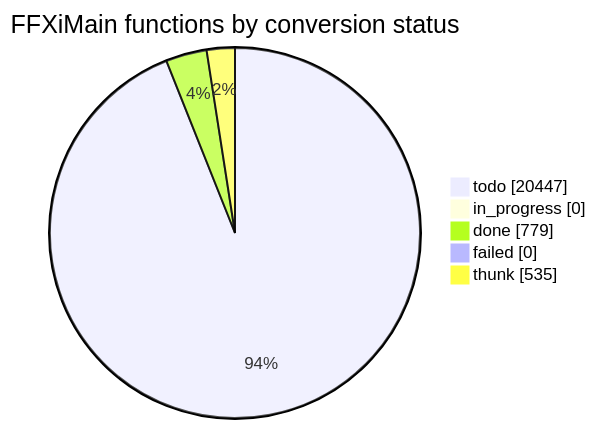
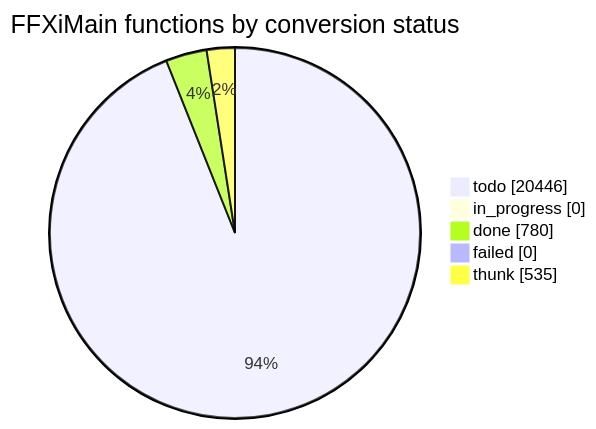
One commit to cowrevenge/cow_kuluu_xi_anything changed the diagram in docs/cow/STATUS.md. Above: the diagram before and after it, drawn with Mermaid. The commit also changed other lines of this file and 9 other files, not shown here.

````diff
--- a/docs/cow/STATUS.md
+++ b/docs/cow/STATUS.md
@@ -18,9 +18,9 @@
 ```mermaid
 pie showData
     title FFXiMain functions by conversion status
-    "todo" : 20447
+    "todo" : 20446
     "in_progress" : 0
-    "done" : 779
+    "done" : 780
     "failed" : 0
     "thunk" : 535
 ```
````
